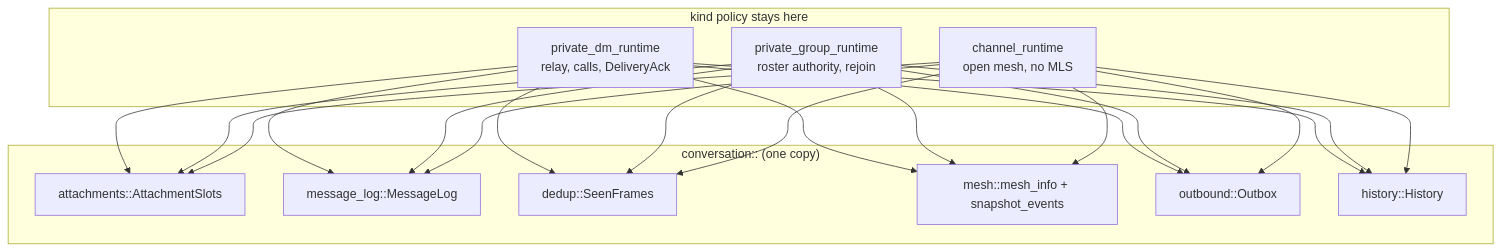
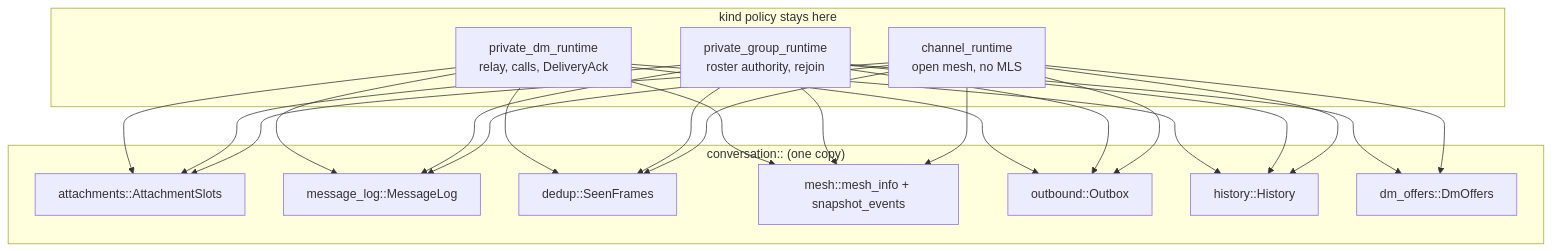
One commit to redstone-md/mosh-flutter changed the first of 2 diagrams in docs/ADR/0019-shared-conversation-strata-in-the-core.md. Above: the diagram before and after it, drawn with Mermaid. The commit also changed other lines of this file and 5 other files, not shown here.

````diff
--- a/docs/ADR/0019-shared-conversation-strata-in-the-core.md
+++ b/docs/ADR/0019-shared-conversation-strata-in-the-core.md
@@ -38,35 +38,38 @@
 ```mermaid
 flowchart TD
     subgraph kinds["kind policy stays here"]
         Dm["private_dm_runtime<br/>relay, calls, DeliveryAck"]
         Gr["private_group_runtime<br/>roster authority, rejoin"]
         Ch["channel_runtime<br/>open mesh, no MLS"]
     end
     subgraph shared["conversation:: (one copy)"]
         Slots["attachments::AttachmentSlots"]
         Log["message_log::MessageLog"]
         Seen["dedup::SeenFrames"]
         Mesh["mesh::mesh_info + snapshot_events"]
         Out["outbound::Outbox"]
         Hist["history::History"]
+        Offers["dm_offers::DmOffers"]
     end
 
     Dm --> Slots
     Dm --> Log
     Dm --> Seen
     Dm --> Mesh
     Dm --> Out
     Dm --> Hist
     Gr --> Slots
     Gr --> Log
     Gr --> Seen
     Gr --> Mesh
     Gr --> Out
     Gr --> Hist
+    Gr --> Offers
     Ch --> Slots
     Ch --> Log
     Ch --> Seen
     Ch --> Mesh
     Ch --> Out
     Ch --> Hist
+    Ch --> Offers
 ```
````
